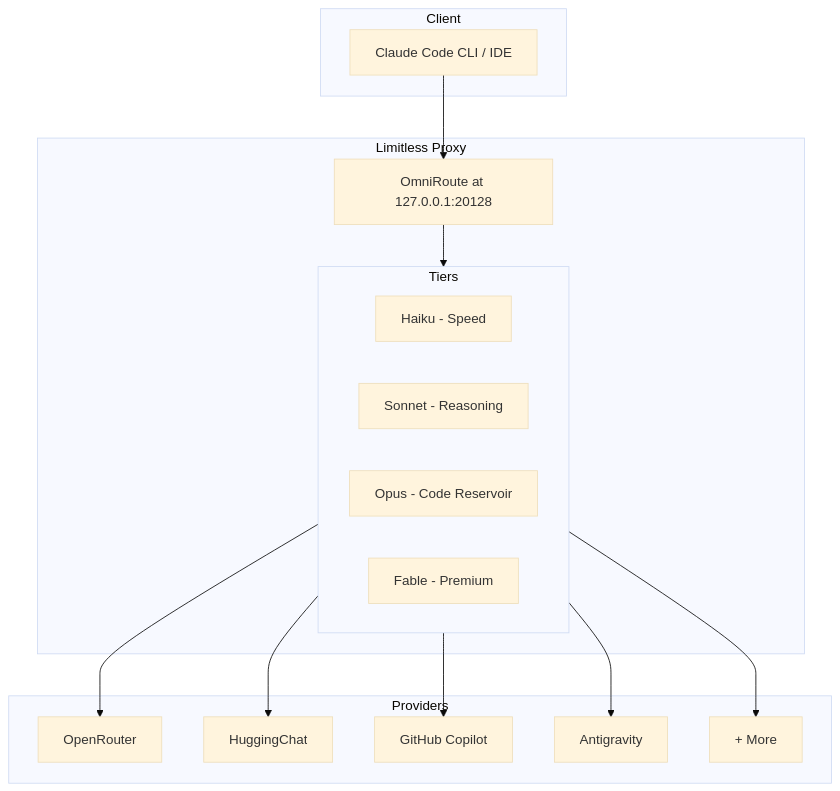
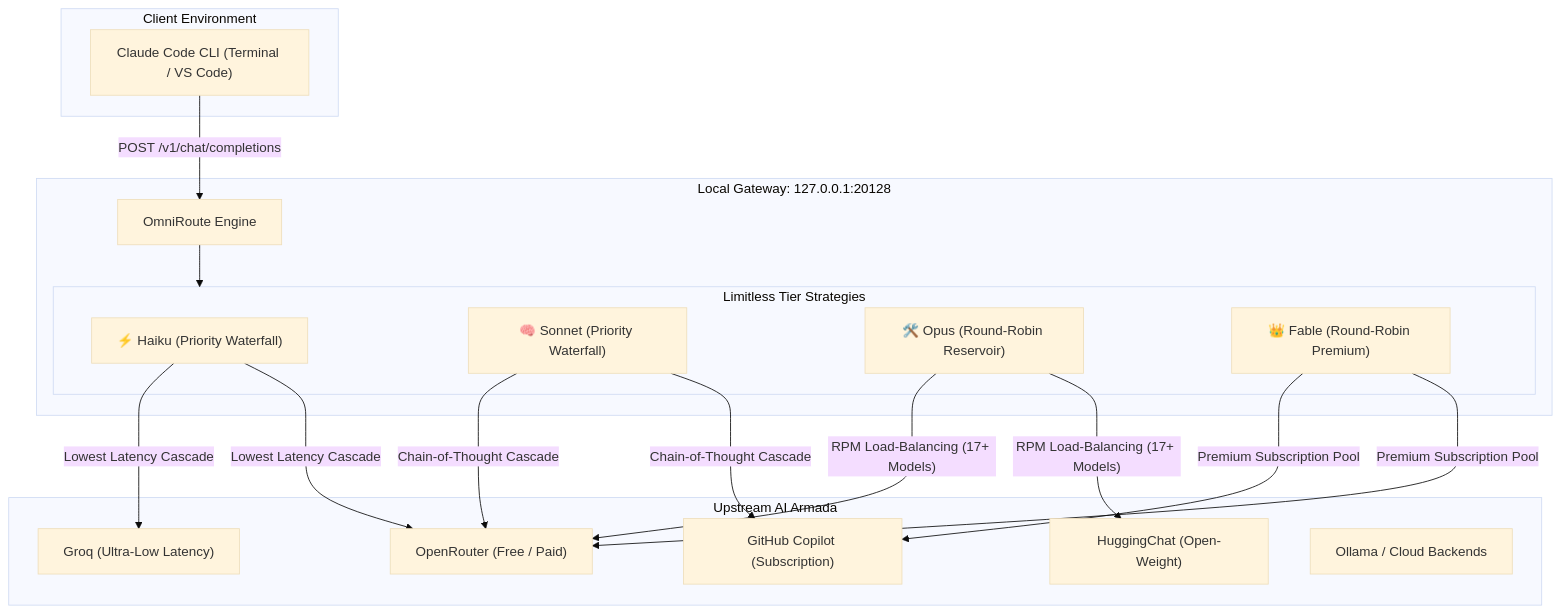
One commit to mahik504/limitless-claude changed the first of 2 diagrams in README.md. Above: the diagram before and after it, drawn with Mermaid (base theme). The commit also changed other lines of this file and 3 other files, not shown here.

````diff
--- a/README.md
+++ b/README.md
@@ -26,32 +44,31 @@
 ```mermaid
 flowchart TD
-    subgraph Client
-        CC[Claude Code CLI / IDE]
+    subgraph Client ["Client Environment"]
+        CC["Claude Code CLI (Terminal / VS Code)"]
     end
 
-    subgraph Limitless Proxy
-        OR[OmniRoute at 127.0.0.1:20128]
-        subgraph Tiers
-            H[Haiku - Speed]
-            S[Sonnet - Reasoning]
-            O[Opus - Code Reservoir]
-            F[Fable - Premium]
+    subgraph Proxy ["Local Gateway: 127.0.0.1:20128"]
+        OR["OmniRoute Engine"]
+        subgraph Combos ["Limitless Tier Strategies"]
+            H["⚡ Haiku (Priority Waterfall)"]
+            S["🧠 Sonnet (Priority Waterfall)"]
+            O["🛠️ Opus (Round-Robin Reservoir)"]
+            F["👑 Fable (Round-Robin Premium)"]
         end
     end
 
-    subgraph Providers
-        P1[OpenRouter]
-        P2[HuggingChat]
-        P3[GitHub Copilot]
-        P4[Antigravity]
-        P5[+ More]
+    subgraph Providers ["Upstream AI Armada"]
+        P1["OpenRouter (Free / Paid)"]
+        P2["HuggingChat (Open-Weight)"]
+        P3["GitHub Copilot (Subscription)"]
+        P4["Groq (Ultra-Low Latency)"]
+        P5["Ollama / Cloud Backends"]
     end
 
-    CC --> OR
-    OR --> Tiers
-    Tiers --> P1
-    Tiers --> P2
-    Tiers --> P3
-    Tiers --> P4
-    Tiers --> P5
+    CC -->|"POST /v1/chat/completions"| OR
+    OR --> Combos
+    H -->|"Lowest Latency Cascade"| P4 & P1
+    S -->|"Chain-of-Thought Cascade"| P1 & P3
+    O -->|"RPM Load-Balancing (17+ Models)"| P1 & P2
+    F -->|"Premium Subscription Pool"| P3 & P1
 ```
````
